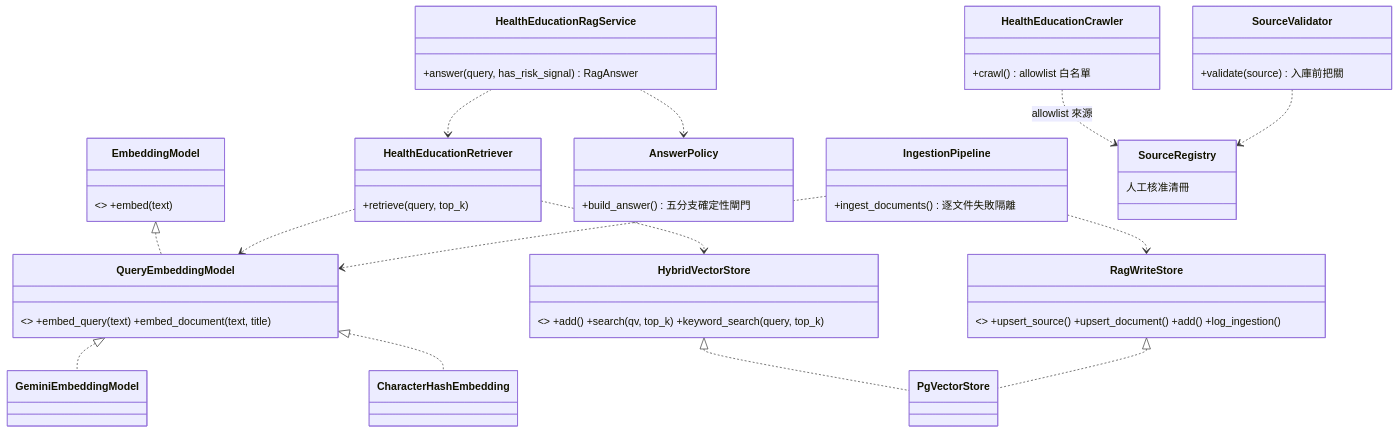
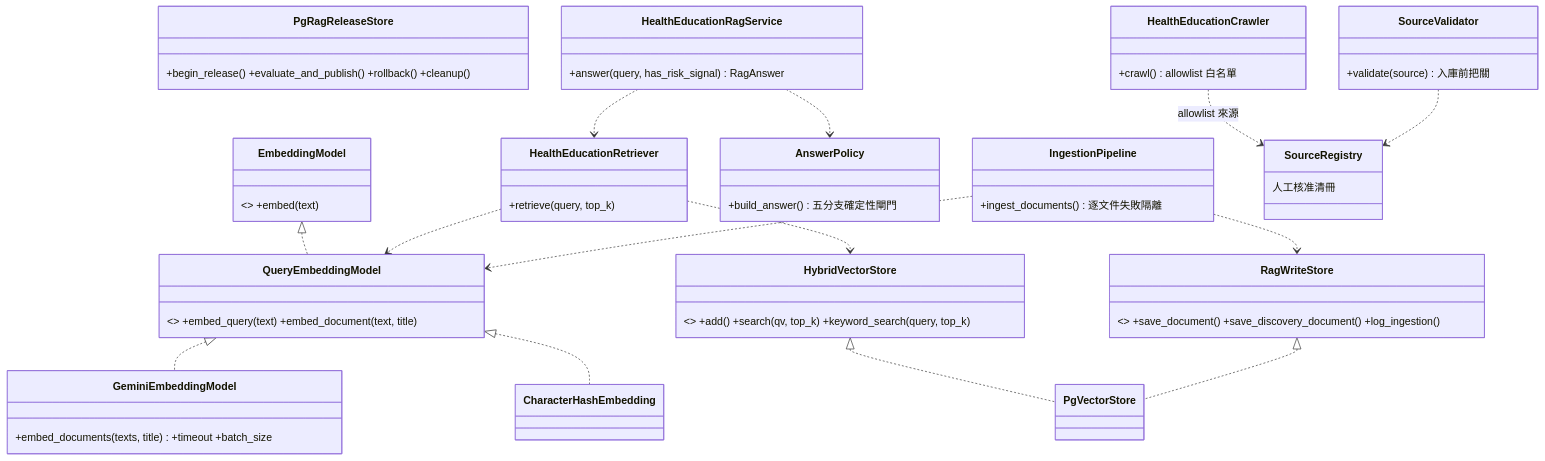
One commit to leo53021313/kinsun changed the fourth of 6 diagrams in docs/dev/10_類別關係.md. Above: the diagram before and after it, drawn with Mermaid. The commit also changed other lines of this file and 74 other files, not shown here.

````diff
--- a/docs/dev/10_類別關係.md
+++ b/docs/dev/10_類別關係.md
@@ -196,32 +196,33 @@
 ```mermaid
 classDiagram
     direction TB
     class EmbeddingModel { <<Protocol>> +embed(text) }
     class QueryEmbeddingModel { <<Protocol>> +embed_query(text) +embed_document(text, title) }
-    class GeminiEmbeddingModel
+    class GeminiEmbeddingModel { +embed_documents(texts, title) +timeout +batch_size }
     class CharacterHashEmbedding
     class HybridVectorStore { <<Protocol>> +add() +search(qv, top_k) +keyword_search(query, top_k) }
-    class RagWriteStore { <<Protocol>> +upsert_source() +upsert_document() +add() +log_ingestion() }
+    class RagWriteStore { <<Protocol>> +save_document() +save_discovery_document() +log_ingestion() }
     class PgVectorStore
+    class PgRagReleaseStore { +begin_release() +evaluate_and_publish() +rollback() +cleanup() }
     class HealthEducationRetriever { +retrieve(query, top_k) }
     class HealthEducationRagService { +answer(query, has_risk_signal) RagAnswer }
     class AnswerPolicy { +build_answer() 五分支確定性閘門 }
     class IngestionPipeline { +ingest_documents() 逐文件失敗隔離 }
     class SourceRegistry { 人工核准清冊 }
     class SourceValidator { +validate(source) 入庫前把關 }
     class HealthEducationCrawler { +crawl() allowlist 白名單 }
 
     EmbeddingModel <|.. QueryEmbeddingModel
     QueryEmbeddingModel <|.. GeminiEmbeddingModel
     QueryEmbeddingModel <|.. CharacterHashEmbedding
     HybridVectorStore <|.. PgVectorStore
     RagWriteStore <|.. PgVectorStore
     HealthEducationRetriever ..> QueryEmbeddingModel
     HealthEducationRetriever ..> HybridVectorStore
     HealthEducationRagService ..> HealthEducationRetriever
     HealthEducationRagService ..> AnswerPolicy
     IngestionPipeline ..> RagWriteStore
     IngestionPipeline ..> QueryEmbeddingModel
     HealthEducationCrawler ..> SourceRegistry : allowlist 來源
     SourceValidator ..> SourceRegistry
 ```
````
